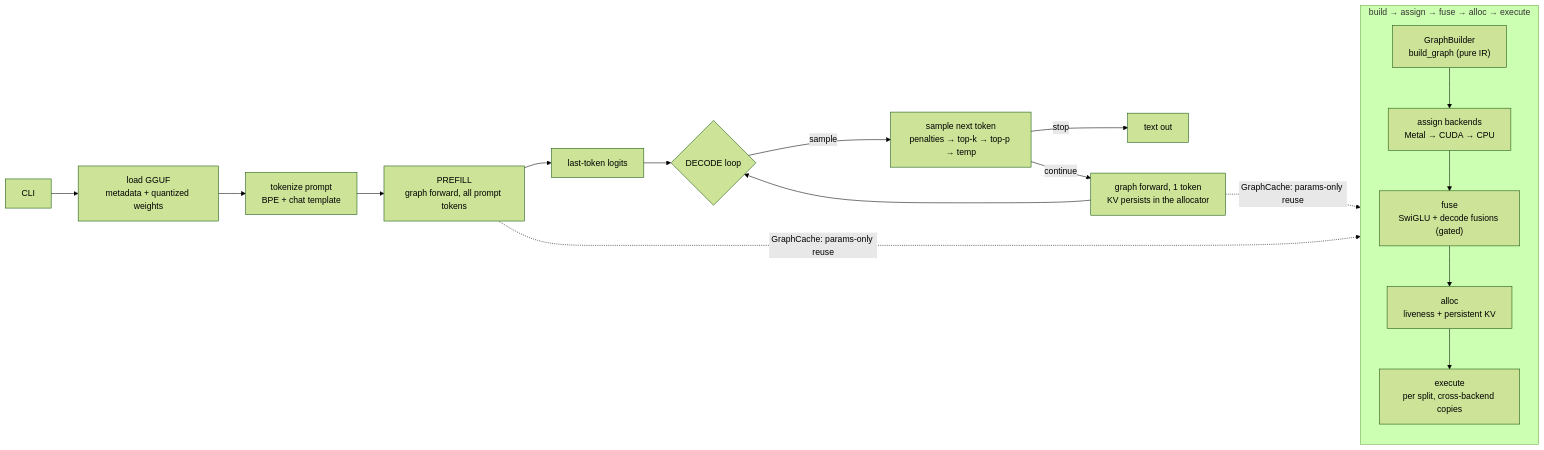
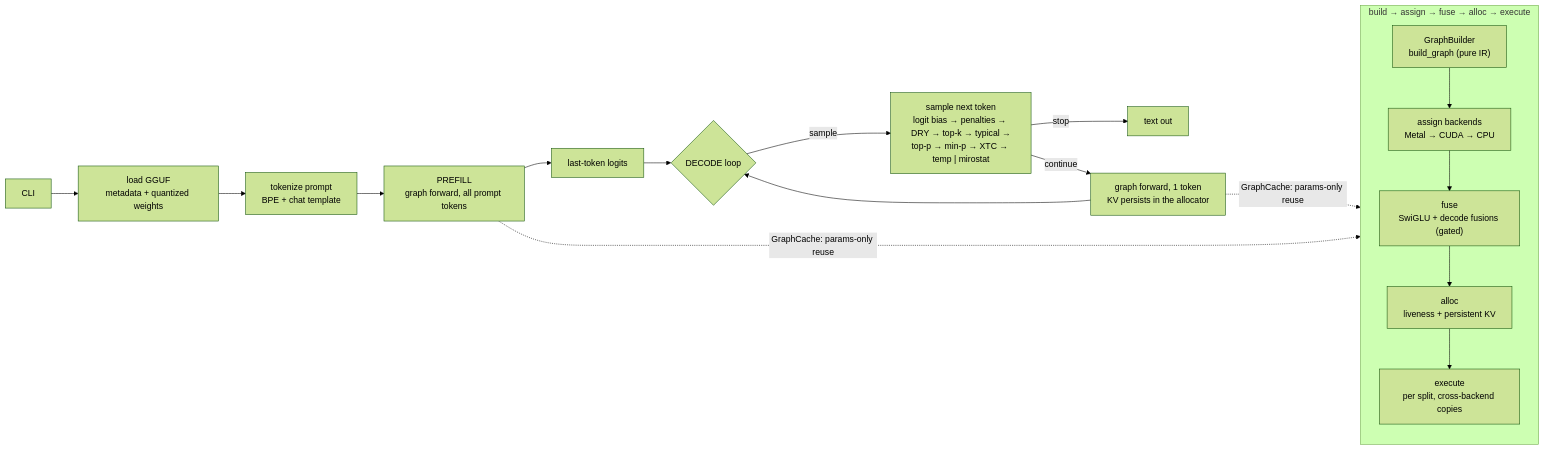
One commit to yusiwen/minfer changed the diagram in README.md. Above: the diagram before and after it, drawn with Mermaid (forest theme). The commit also changed 4 other files, not shown here.

````diff
--- a/README.md
+++ b/README.md
@@ -112,22 +112,22 @@
 ```mermaid
 flowchart LR
     subgraph GRAPH["build → assign → fuse → alloc → execute"]
         B1["GraphBuilder<br/>build_graph (pure IR)"] --> B2["assign backends<br/>Metal → CUDA → CPU"]
         B2 --> B3["fuse<br/>SwiGLU + decode fusions (gated)"]
         B3 --> B4["alloc<br/>liveness + persistent KV"]
         B4 --> B5["execute<br/>per split, cross-backend copies"]
     end
 
     A["CLI"] --> L["load GGUF<br/>metadata + quantized weights"]
     L --> C["tokenize prompt<br/>BPE + chat template"]
     C --> D["PREFILL<br/>graph forward, all prompt tokens"]
     D --> E["last-token logits"]
     E --> F{"DECODE loop"}
-    F -->|sample| G["sample next token<br/>penalties → top-k → top-p → temp"]
+    F -->|sample| G["sample next token<br/>logit bias → penalties → DRY → top-k → typical →<br/>top-p → min-p → XTC → temp | mirostat"]
     G -->|stop| H["text out"]
     G -->|continue| I["graph forward, 1 token<br/>KV persists in the allocator"]
     I --> F
 
     D -.->|"GraphCache: params-only reuse"| GRAPH
     I -.->|"GraphCache: params-only reuse"| GRAPH
 ```
````
